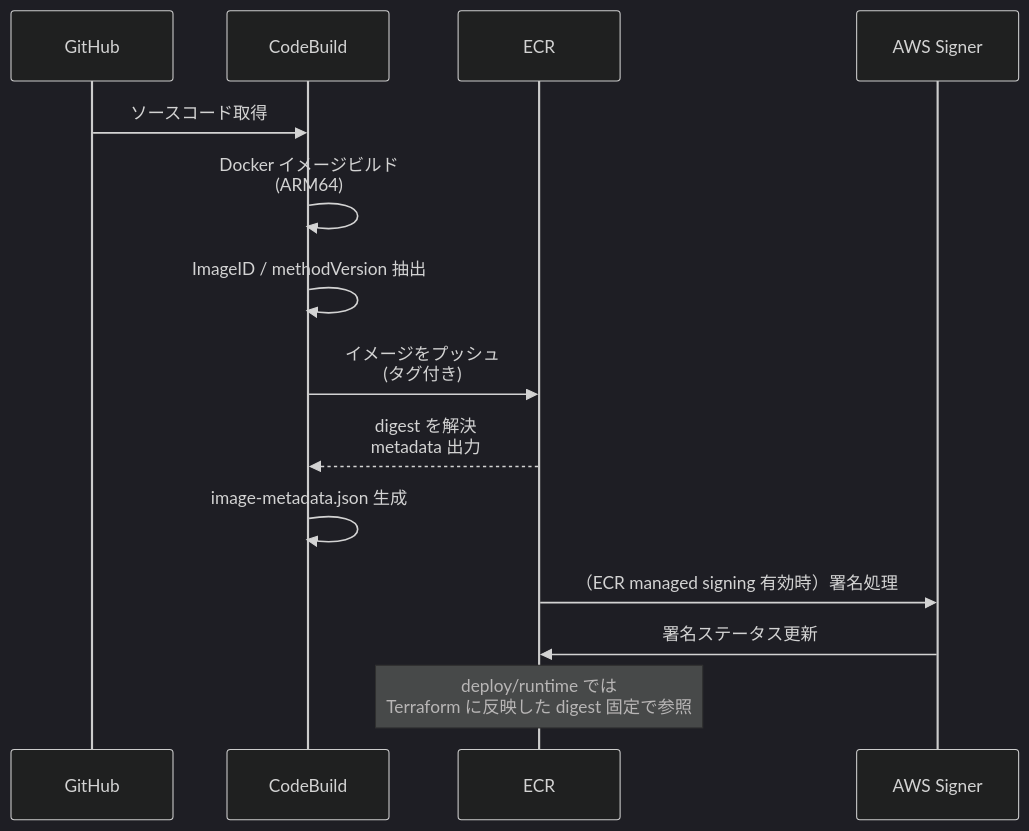
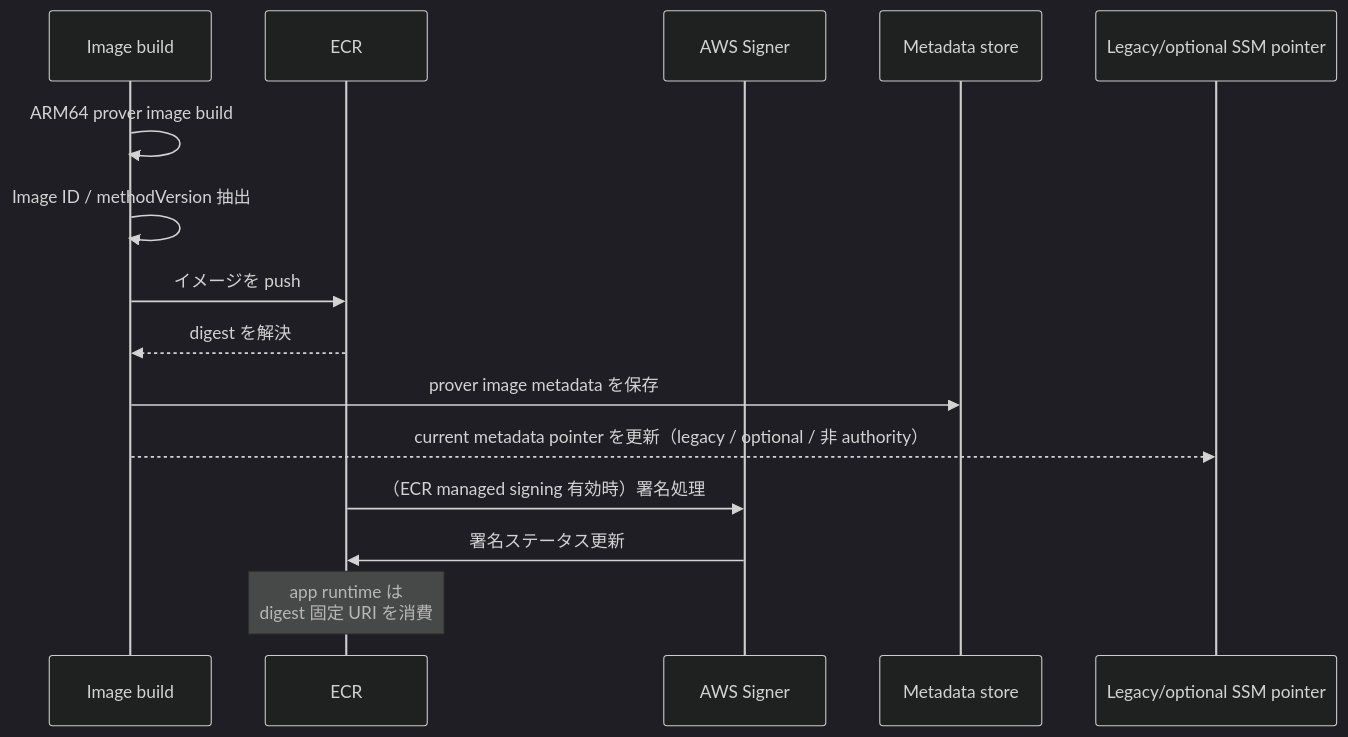
Before and after one commit to hwatanabe-jp/stark-ballot-simulator-public: the first of 3 diagrams in public-book/src/aws/image-signing.md, drawn with Mermaid (dark theme). The commit also changed other lines of this file and 1491 other files, not shown here.

````diff
--- a/public-book/src/aws/image-signing.md
+++ b/public-book/src/aws/image-signing.md
@@ -25,17 +51,18 @@
 ```mermaid
 sequenceDiagram
-  participant GH as GitHub
-  participant CB as CodeBuild
+  participant BUILD as Image build
   participant ECR as ECR
   participant SGN as AWS Signer
+  participant META as Metadata store
+  participant SSM as Legacy/optional SSM pointer
 
-  GH->>CB: ソースコード取得
-  CB->>CB: Docker イメージビルド<br/>(ARM64)
-  CB->>CB: ImageID / methodVersion 抽出
-  CB->>ECR: イメージをプッシュ<br/>(タグ付き)
-  ECR-->>CB: digest を解決<br/>metadata 出力
-  CB->>CB: image-metadata.json 生成
+  BUILD->>BUILD: ARM64 prover image build
+  BUILD->>BUILD: Image ID / methodVersion 抽出
+  BUILD->>ECR: イメージを push
+  ECR-->>BUILD: digest を解決
+  BUILD->>META: prover image metadata を保存
+  BUILD-->>SSM: current metadata pointer を更新（legacy / optional / 非 authority）
   ECR->>SGN: （ECR managed signing 有効時）署名処理
   SGN->>ECR: 署名ステータス更新
-  Note over ECR: deploy/runtime では<br/>Terraform に反映した digest 固定で参照
+  Note over ECR: app runtime は<br/>digest 固定 URI を消費
 ```
````
